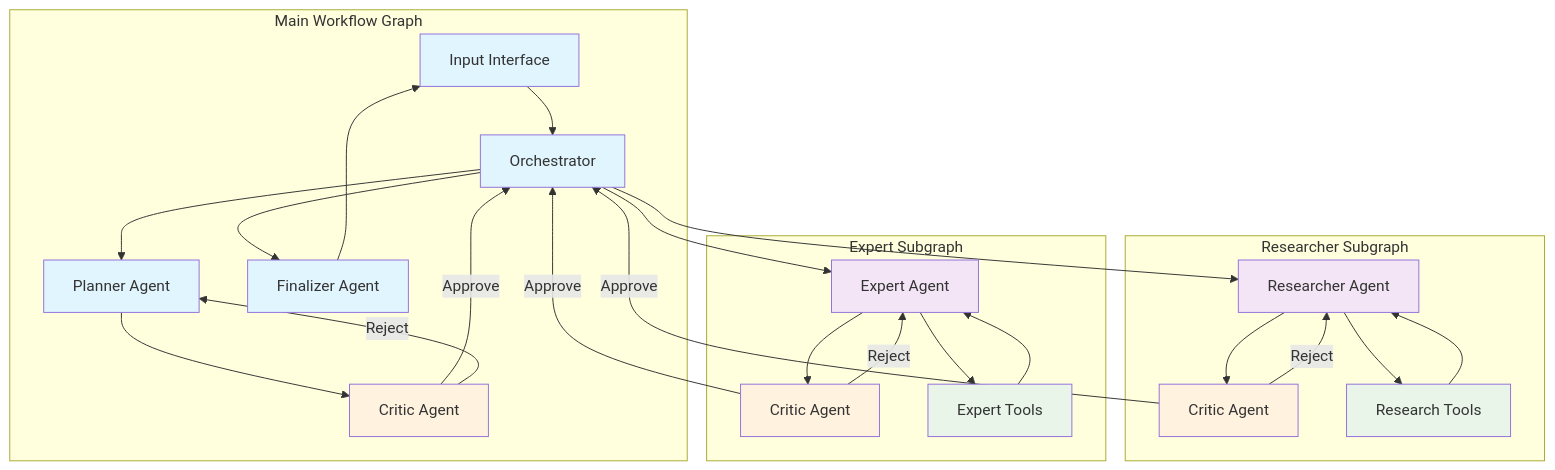
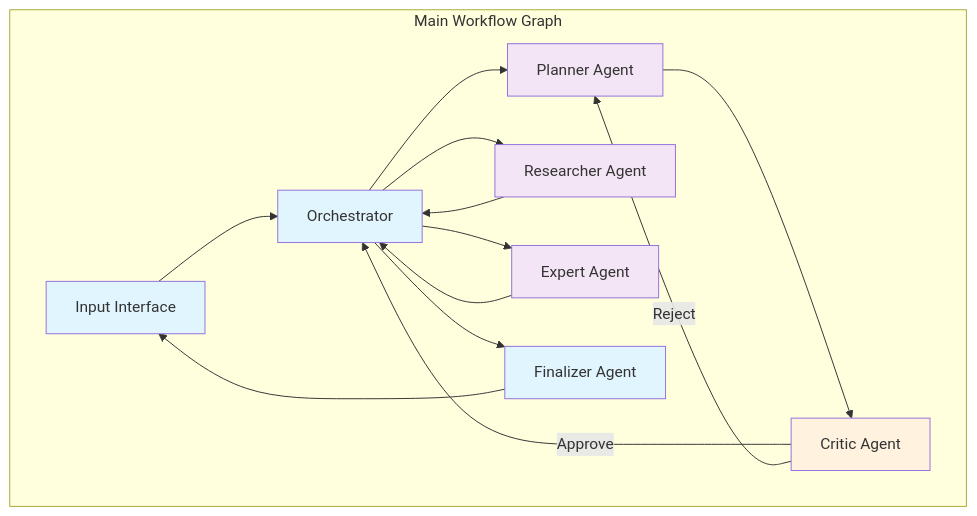
Before and after one commit to jdsham/hf-ai-agents-course: the second of 14 diagrams in docs/src2/ARCHITECTURE.md, drawn with Mermaid. The commit also changed other lines of this file, not shown here.

Commit message:
Updates source code architecture document - section 2.

````diff
--- a/docs/src2/ARCHITECTURE.md
+++ b/docs/src2/ARCHITECTURE.md
@@ -442,55 +443,35 @@
 ```mermaid
 graph TB
     subgraph "Main Workflow Graph"
         Input[Input Interface]
         Orchestrator[Orchestrator]
         Planner[Planner Agent]
-        Critic1[Critic Agent]
+        Critic[Critic Agent]
+        Researcher[Researcher Agent]
+        Expert[Expert Agent]
         Finalizer[Finalizer Agent]
-    end
-    
-    subgraph "Researcher Subgraph"
-        Researcher[Researcher Agent]
-        Critic2[Critic Agent]
-        Tools1[Research Tools]
-    end
-    
-    subgraph "Expert Subgraph"
-        Expert[Expert Agent]
-        Critic3[Critic Agent]
-        Tools2[Expert Tools]
     end
     
     Input --> Orchestrator
     Orchestrator --> Planner
-    Planner --> Critic1
-    Critic1 -->|Approve| Orchestrator
-    Critic1 -->|Reject| Planner
+    Planner --> Critic
+    Critic -->|Approve| Orchestrator
+    Critic -->|Reject| Planner
     
     Orchestrator --> Researcher
-    Researcher --> Tools1
-    Tools1 --> Researcher
-    Researcher --> Critic2
-    Critic2 -->|Approve| Orchestrator
-    Critic2 -->|Reject| Researcher
+    Researcher --> Orchestrator
     
     Orchestrator --> Expert
-    Expert --> Tools2
-    Tools2 --> Expert
-    Expert --> Critic3
-    Critic3 -->|Approve| Orchestrator
-    Critic3 -->|Reject| Expert
+    Expert --> Orchestrator
     
     Orchestrator --> Finalizer
     Finalizer --> Input
     
     classDef mainNode fill:#e1f5fe
-    classDef subgraphNode fill:#f3e5f5
-    classDef toolNode fill:#e8f5e8
+    classDef agentNode fill:#f3e5f5
     classDef criticNode fill:#fff3e0
     
-    class Input,Orchestrator,Planner,Finalizer mainNode
-    class Researcher,Expert subgraphNode
-    class Tools1,Tools2 toolNode
-    class Critic1,Critic2,Critic3 criticNode
+    class Input,Orchestrator,Finalizer mainNode
+    class Planner,Researcher,Expert agentNode
+    class Critic criticNode
 ```
````
